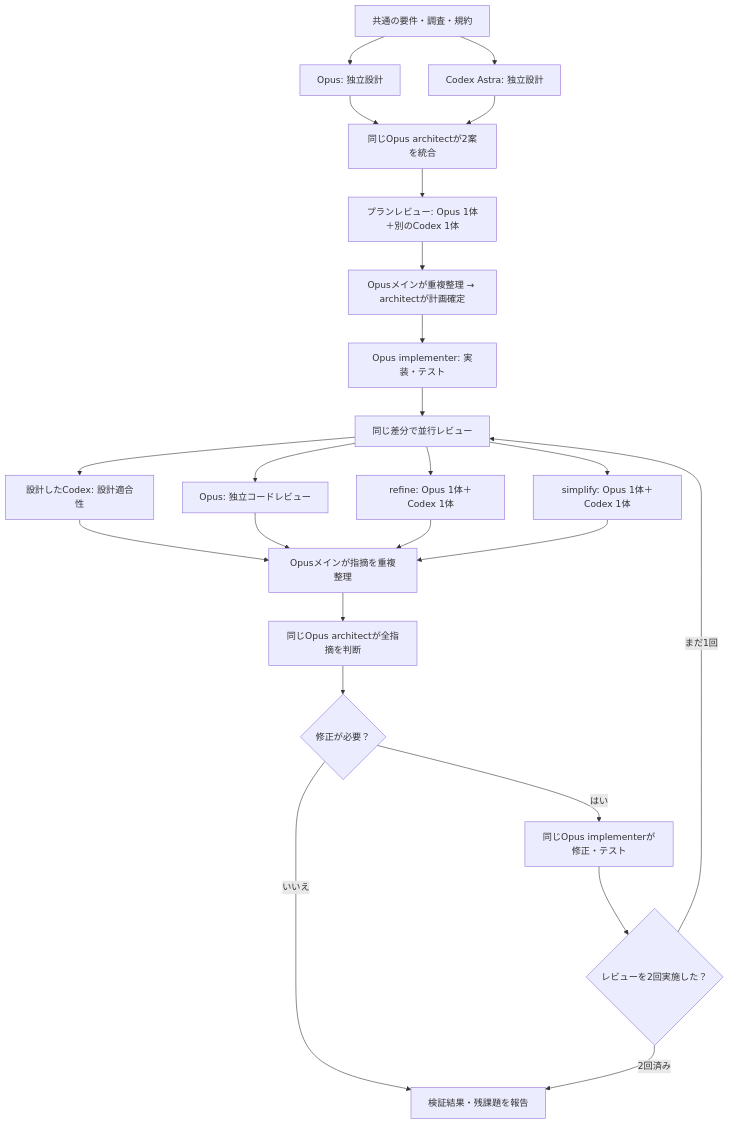
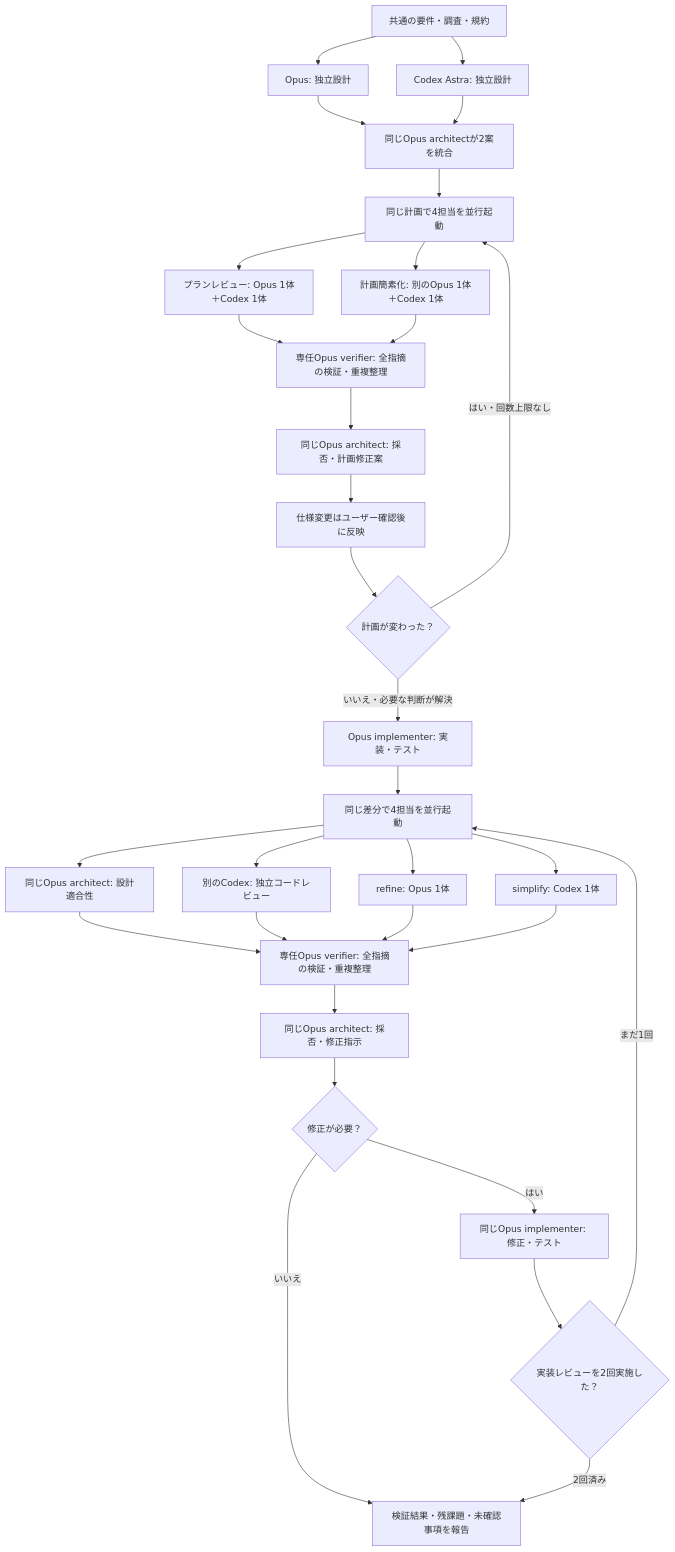
One commit to sh1n4ps/shinaps-skills changed the diagram in README.md. Above: the diagram before and after it, drawn with Mermaid. The commit also changed other lines of this file and 15 other files, not shown here.

````diff
--- a/README.md
+++ b/README.md
@@ -181,26 +182,33 @@
 ```mermaid
 flowchart TD
     S["共通の要件・調査・規約"] --> A["Opus: 独立設計"]
     S --> B["Codex Astra: 独立設計"]
     A --> C["同じOpus architectが2案を統合"]
     B --> C
-    C --> P["プランレビュー: Opus 1体＋別のCodex 1体"]
-    P --> Q["Opusメインが重複整理 → architectが計画確定"]
-    Q --> D["Opus implementer: 実装・テスト"]
-    D --> E["同じ差分で並行レビュー"]
-    E --> F["設計したCodex: 設計適合性"]
-    E --> G["Opus: 独立コードレビュー"]
-    E --> H["refine: Opus 1体＋Codex 1体"]
-    E --> I["simplify: Opus 1体＋Codex 1体"]
-    F --> O["Opusメインが指摘を重複整理"]
+    C --> P["同じ計画で4担当を並行起動"]
+    P --> P1["プランレビュー: Opus 1体＋Codex 1体"]
+    P --> P2["計画簡素化: 別のOpus 1体＋Codex 1体"]
+    P1 --> V["専任Opus verifier: 全指摘の検証・重複整理"]
+    P2 --> V
+    V --> Q["同じOpus architect: 採否・計画修正案"]
+    Q --> U["仕様変更はユーザー確認後に反映"]
+    U --> R{"計画が変わった？"}
+    R -- はい・回数上限なし --> P
+    R -- いいえ・必要な判断が解決 --> D["Opus implementer: 実装・テスト"]
+    D --> E["同じ差分で4担当を並行起動"]
+    E --> F["同じOpus architect: 設計適合性"]
+    E --> G["別のCodex: 独立コードレビュー"]
+    E --> H["refine: Opus 1体"]
+    E --> I["simplify: Codex 1体"]
+    F --> O["専任Opus verifier: 全指摘の検証・重複整理"]
     G --> O
     H --> O
     I --> O
-    O --> J["同じOpus architectが全指摘を判断"]
+    O --> J["同じOpus architect: 採否・修正指示"]
     J --> K{"修正が必要？"}
-    K -- いいえ --> N["検証結果・残課題を報告"]
-    K -- はい --> L["同じOpus implementerが修正・テスト"]
-    L --> M{"レビューを2回実施した？"}
+    K -- いいえ --> N["検証結果・残課題・未確認事項を報告"]
+    K -- はい --> L["同じOpus implementer: 修正・テスト"]
+    L --> M{"実装レビューを2回実施した？"}
     M -- まだ1回 --> E
     M -- 2回済み --> N
 ```
````
